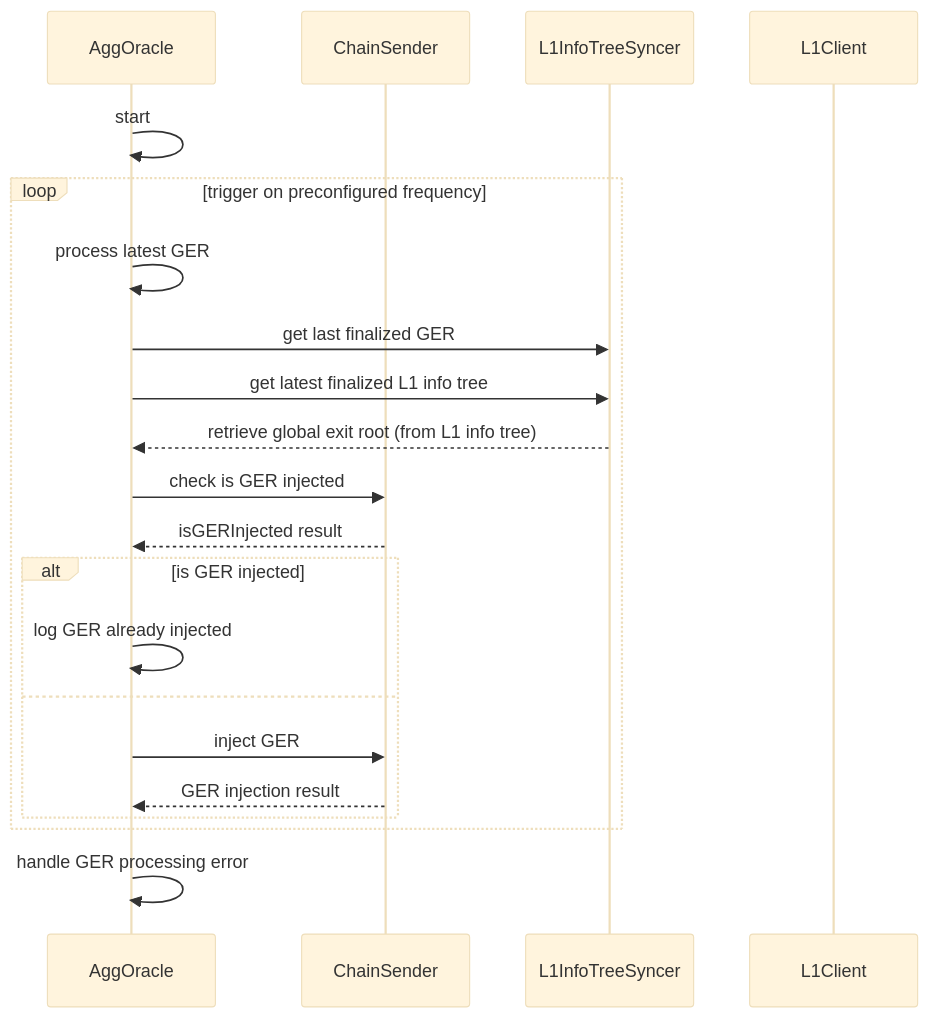
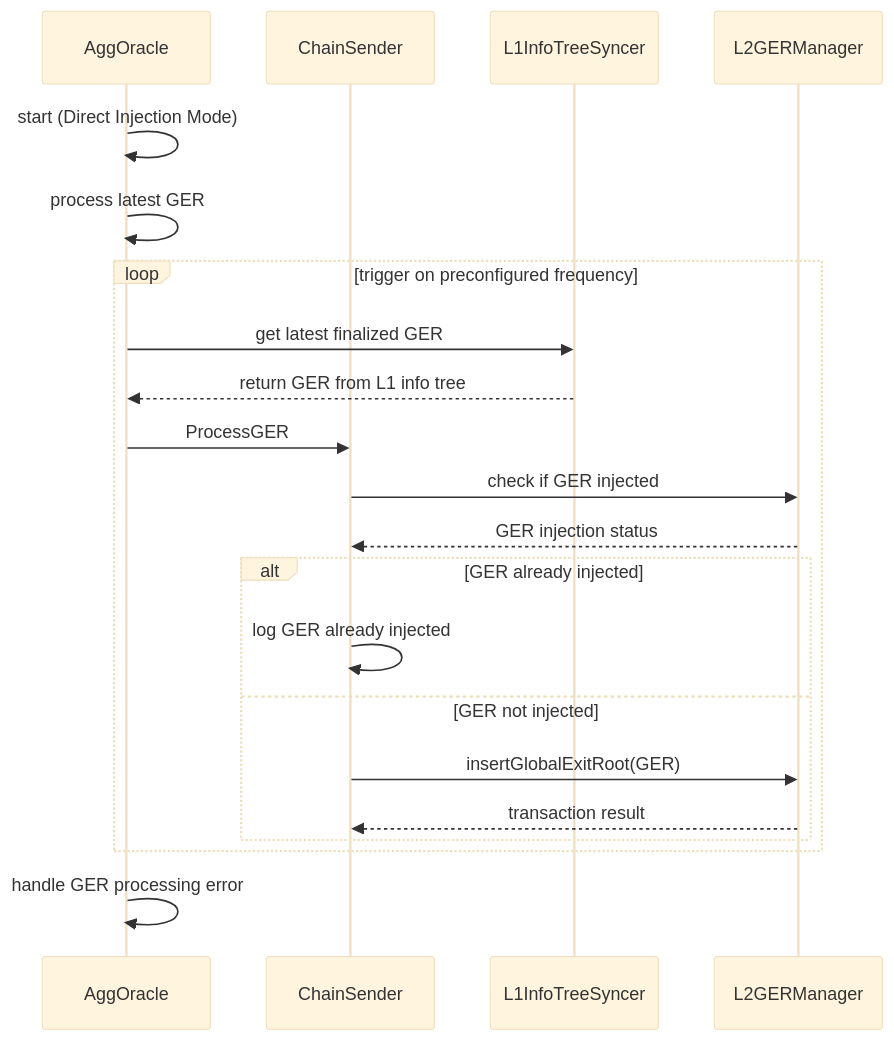
One commit to agglayer/aggkit changed the first of 2 diagrams in docs/aggoracle.md. Above: the diagram before and after it, drawn with Mermaid (base theme). The commit also changed other lines of this file, not shown here.

First line of the commit message:
docs: add aggoracle committee mode (#999)

````diff
--- a/docs/aggoracle.md
+++ b/docs/aggoracle.md
@@ -40,24 +66,24 @@
 ```mermaid
 sequenceDiagram
     participant AggOracle
     participant ChainSender
     participant L1InfoTreeSyncer
-    participant L1Client
+    participant L2GERManager
 
-    AggOracle->>AggOracle: start
+    AggOracle->>AggOracle: start (Direct Injection Mode)
+    AggOracle->>AggOracle: process latest GER
     loop trigger on preconfigured frequency
-        AggOracle->>AggOracle: process latest GER
-        AggOracle->>L1InfoTreeSyncer: get last finalized GER
-        AggOracle->>L1InfoTreeSyncer: get latest finalized L1 info tree
-        L1InfoTreeSyncer-->>AggOracle: retrieve global exit root (from L1 info tree)
-        AggOracle->>ChainSender: check is GER injected
-        ChainSender-->>AggOracle: isGERInjected result
-        alt is GER injected
-            AggOracle->>AggOracle: log GER already injected
-        else
-            AggOracle->>ChainSender: inject GER
-            ChainSender-->>AggOracle: GER injection result
+        AggOracle->>L1InfoTreeSyncer: get latest finalized GER
+        L1InfoTreeSyncer-->>AggOracle: return GER from L1 info tree
+        AggOracle->>ChainSender: ProcessGER
+        ChainSender->>L2GERManager: check if GER injected
+        L2GERManager-->>ChainSender: GER injection status
+        alt GER already injected
+            ChainSender->>ChainSender: log GER already injected
+        else GER not injected
+            ChainSender->>L2GERManager: insertGlobalExitRoot(GER)
+            L2GERManager-->>ChainSender: transaction result
         end
     end
     AggOracle->>AggOracle: handle GER processing error
 ```
````
